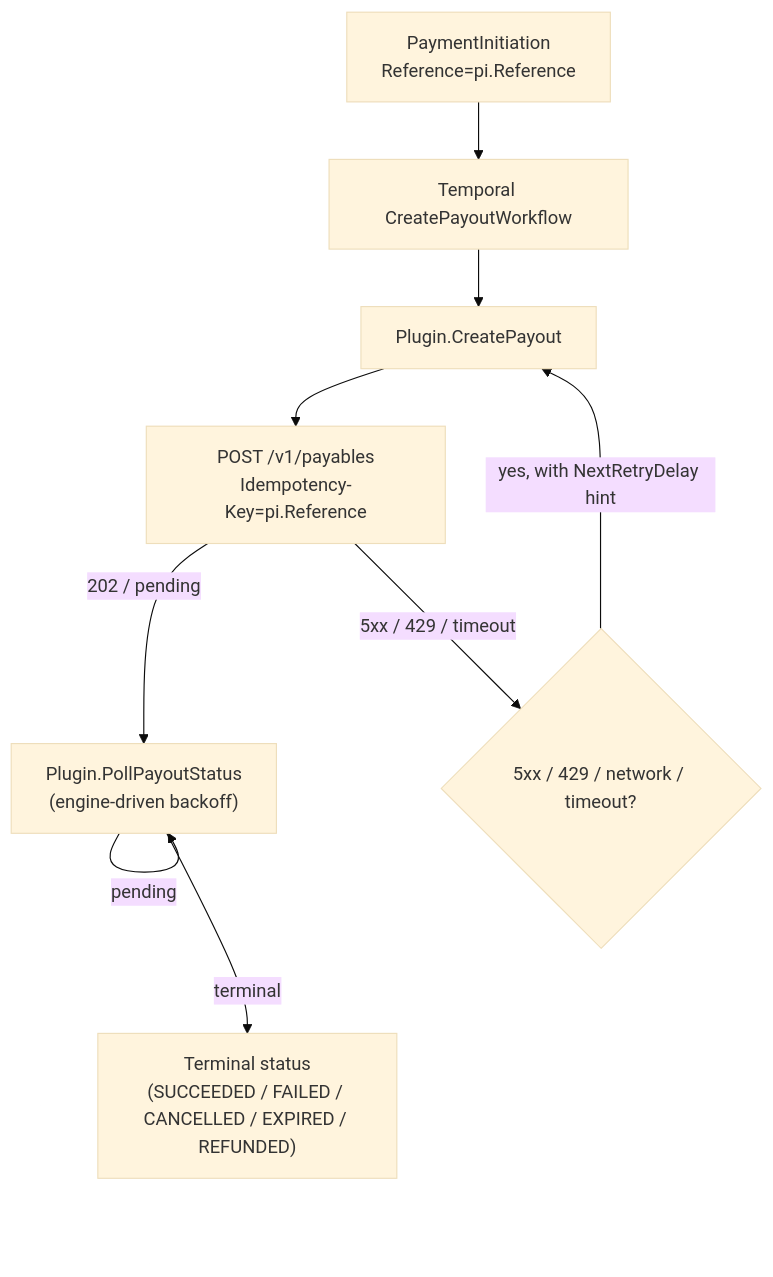
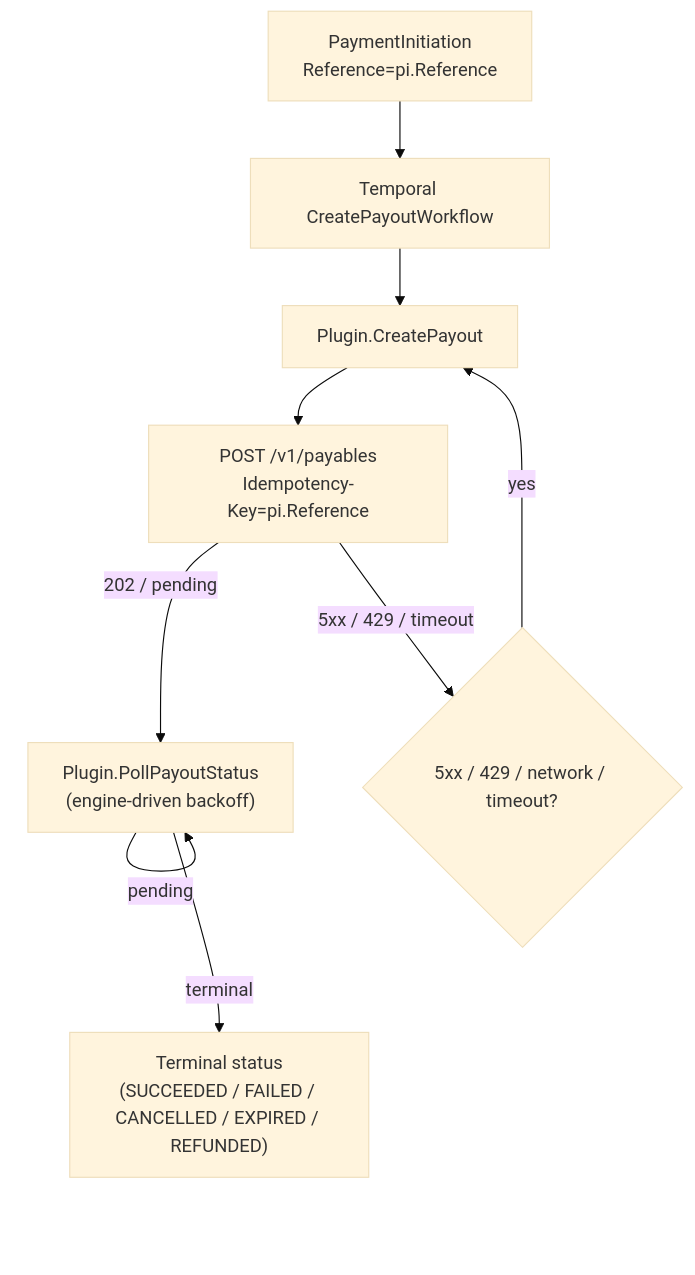
One commit to formancehq/payments changed the diagram in ee/plugins/routable/MAPPINGS.md. Above: the diagram before and after it, drawn with Mermaid (base theme). The commit also changed other lines of this file and 1 other file, not shown here.

````diff
--- a/ee/plugins/routable/MAPPINGS.md
+++ b/ee/plugins/routable/MAPPINGS.md
@@ -254,17 +254,17 @@
 ```mermaid
 flowchart TD
   pi["PaymentInitiation\nReference=pi.Reference"]
   workflow["Temporal CreatePayoutWorkflow"]
   plugin["Plugin.CreatePayout"]
   routable["POST /v1/payables\nIdempotency-Key=pi.Reference"]
   retry{"5xx / 429 / network / timeout?"}
   poll["Plugin.PollPayoutStatus\n(engine-driven backoff)"]
   done["Terminal status\n(SUCCEEDED / FAILED / CANCELLED / EXPIRED / REFUNDED)"]
 
   pi --> workflow --> plugin --> routable
   routable -->|"202 / pending"| poll
   routable -->|"5xx / 429 / timeout"| retry
-  retry -->|"yes, with NextRetryDelay hint"| plugin
+  retry -->|"yes"| plugin
   poll -->|"pending"| poll
   poll -->|"terminal"| done
 ```
````
